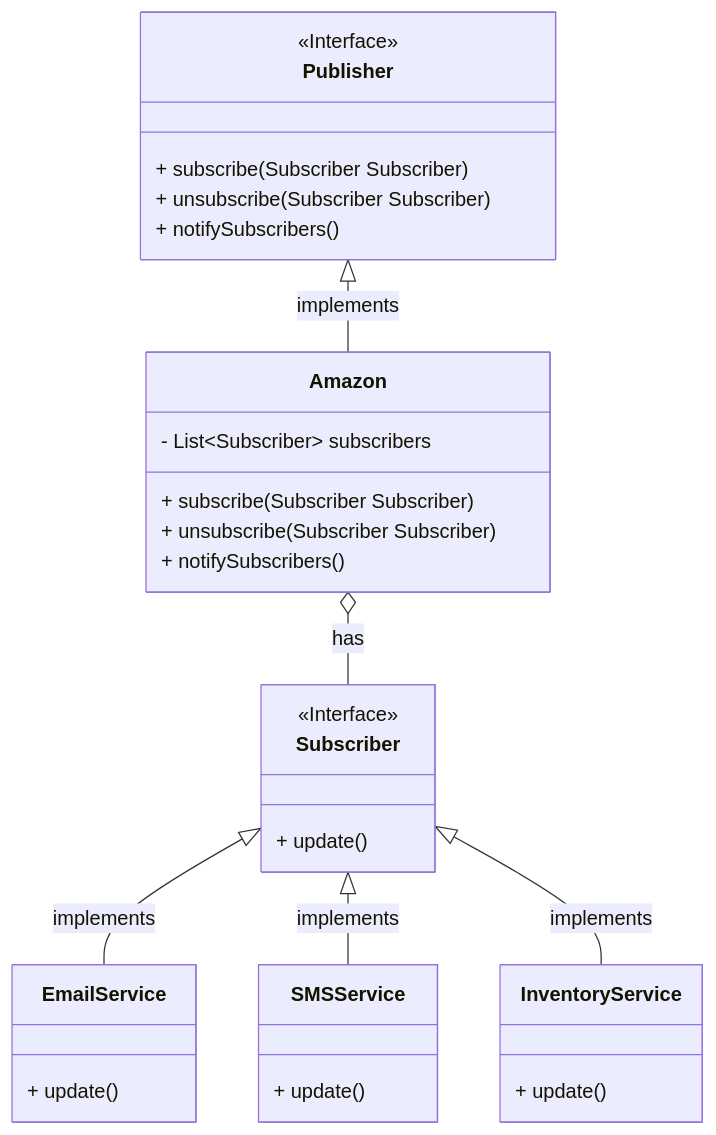
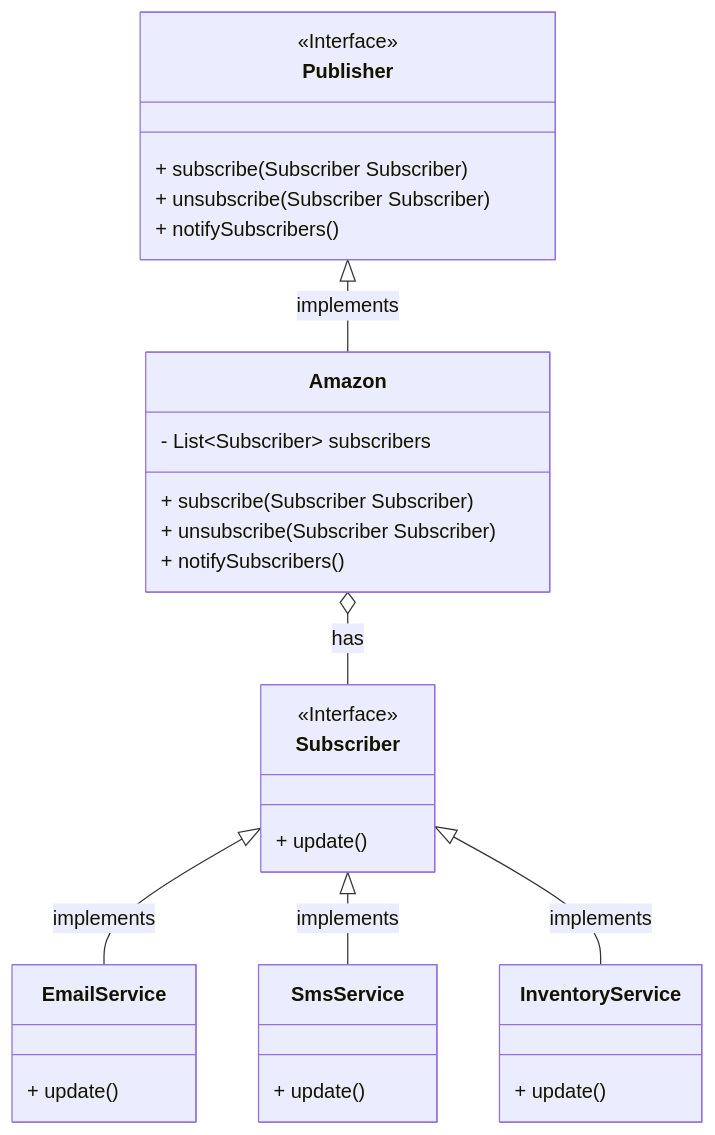
The diagram in src/main/java/in/itkaran/lld1130624/lld2/uml/Observer.mmd (kk-engineer/lld1-130624), drawn with Mermaid before and after one commit. The commit also changed 1 other file, not shown here.

Commit message:
Add decorator design pattern example to uml diagrams

```diff
--- a/src/main/java/in/itkaran/lld1130624/lld2/uml/Observer.mmd
+++ b/src/main/java/in/itkaran/lld1130624/lld2/uml/Observer.mmd
@@ -1,39 +1,39 @@
 classDiagram
     class Publisher {
         <<Interface>>
         + subscribe(Subscriber Subscriber)
         + unsubscribe(Subscriber Subscriber)
         + notifySubscribers()
     }
 
     class Subscriber {
         <<Interface>>
         + update()
     }
 
     class Amazon {
         - List~Subscriber~ subscribers
         + subscribe(Subscriber Subscriber)
         + unsubscribe(Subscriber Subscriber)
         + notifySubscribers()
     }
 
     Publisher <|-- Amazon : implements
     Amazon o-- Subscriber : has
 
 
     class EmailService {
         + update()
     }
 
-    class SMSService {
+    class SmsService {
         + update()
     }
 
     class InventoryService {
         + update()
     }
 
     Subscriber <|-- EmailService : implements
-    Subscriber <|-- SMSService : implements
+    Subscriber <|-- SmsService : implements
     Subscriber <|-- InventoryService : implements
```
